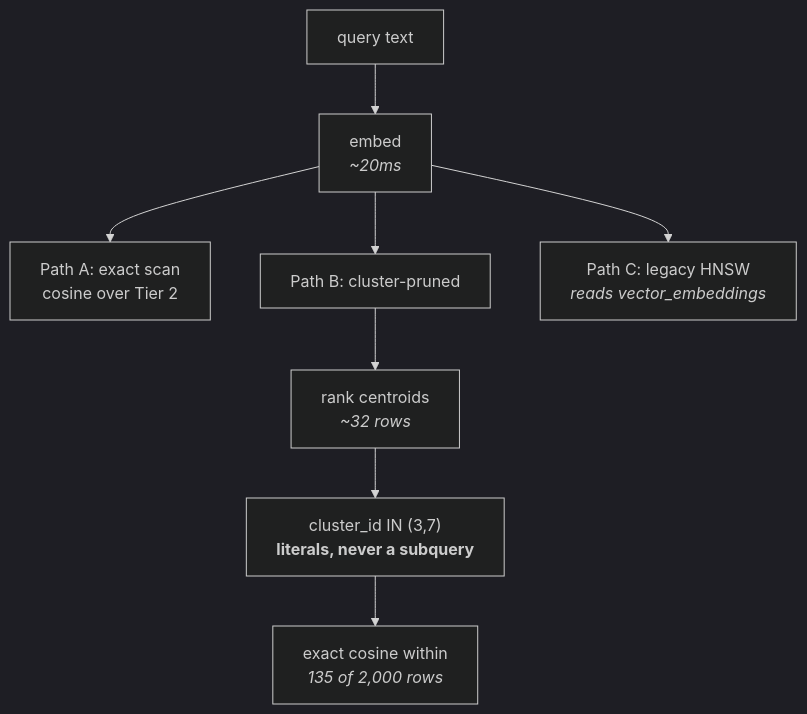
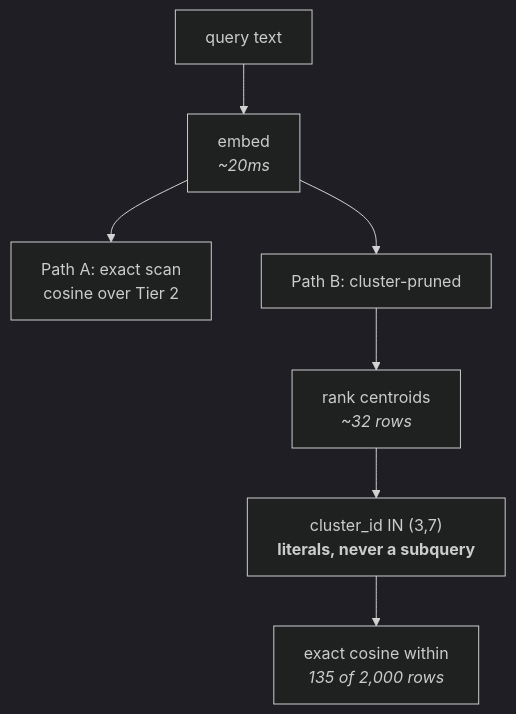
The third of 3 diagrams in docs/REPO-GRAPH.md (Nandakumar-Balagopal/VectorSync), drawn with Mermaid (dark theme) before and after one commit. The commit also changed other lines of this file and 71 other files, not shown here.

````diff
--- a/docs/REPO-GRAPH.md
+++ b/docs/REPO-GRAPH.md
@@ -128,10 +76,9 @@
 ```mermaid
 graph TD
     Q["query text"] --> E["embed<br/><i>~20ms</i>"]
     E --> A["Path A: exact scan<br/>cosine over Tier 2"]
     E --> B["Path B: cluster-pruned"]
     B --> B1["rank centroids<br/><i>~32 rows</i>"]
     B1 --> B2["cluster_id IN (3,7)<br/><b>literals, never a subquery</b>"]
     B2 --> B3["exact cosine within<br/><i>135 of 2,000 rows</i>"]
-    E --> C["Path C: legacy HNSW<br/><i>reads vector_embeddings</i>"]
 ```
````
